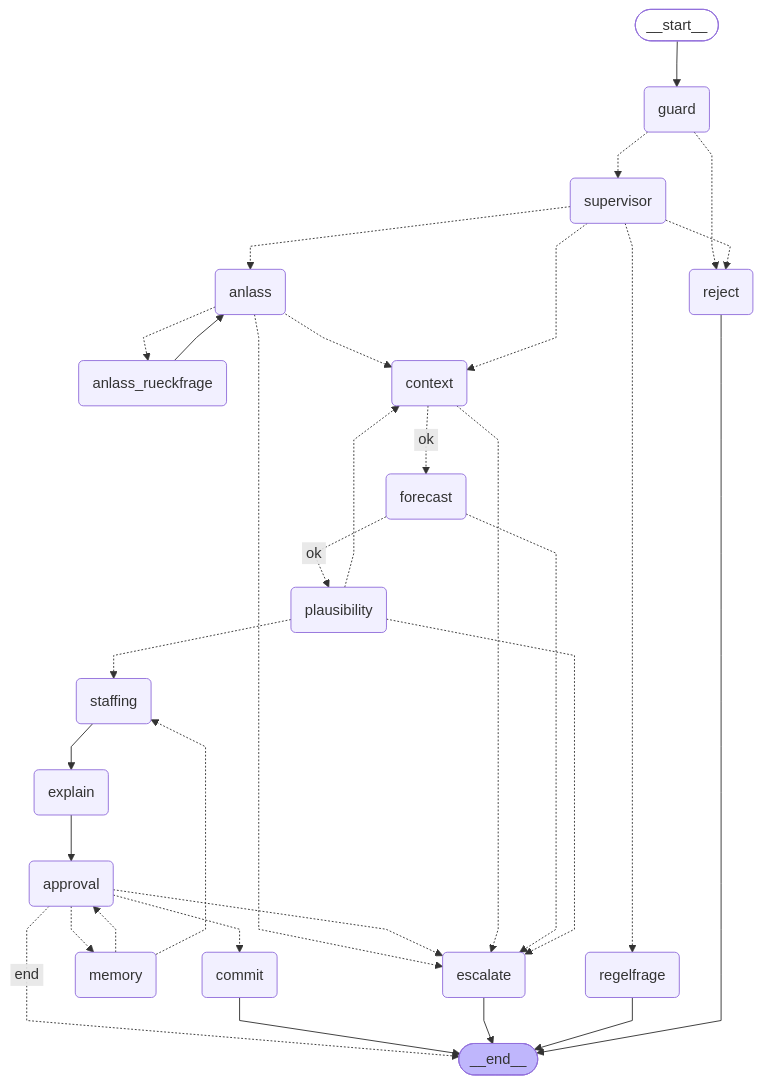
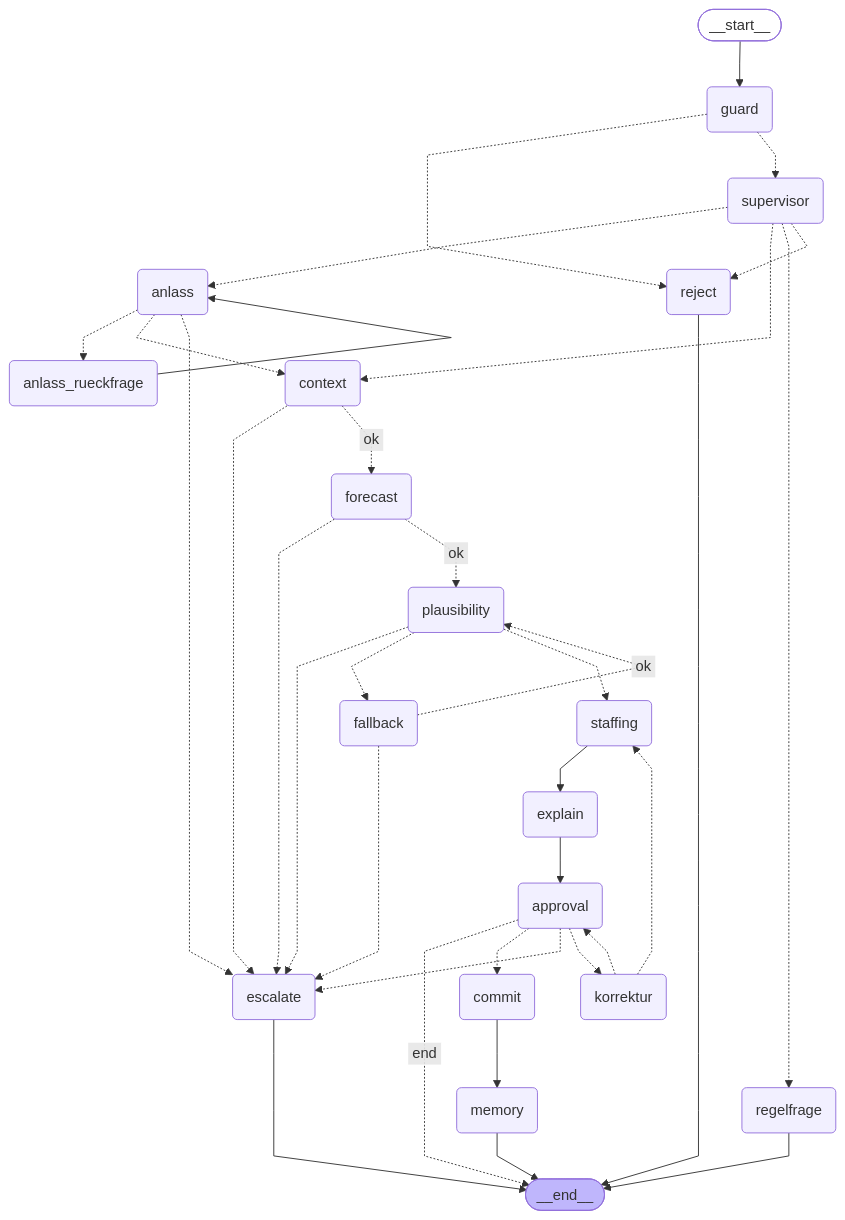
Before and after one commit to GenAI-BAI-2026HS/gastroplanner: the diagram in docs/graph.mmd, drawn with Mermaid. The commit also changed 19 other files, not shown here.

First line of the commit message:
Review-Feedback: Memory-Schleife klären, Retry durch Fallback ersetzen

```diff
--- a/docs/graph.mmd
+++ b/docs/graph.mmd
@@ -1,56 +1,61 @@
 ---
 config:
   flowchart:
     curve: linear
 ---
 graph TD;
 	__start__([<p>__start__</p>]):::first
 	guard(guard)
 	reject(reject)
 	supervisor(supervisor)
 	regelfrage(regelfrage)
 	anlass(anlass)
 	anlass_rueckfrage(anlass_rueckfrage)
 	context(context)
 	forecast(forecast)
 	plausibility(plausibility)
+	fallback(fallback)
 	staffing(staffing)
 	explain(explain)
 	approval(approval)
+	korrektur(korrektur)
+	commit(commit)
 	memory(memory)
-	commit(commit)
 	escalate(escalate)
 	__end__([<p>__end__</p>]):::last
 	__start__ --> guard;
 	anlass -.-> anlass_rueckfrage;
 	anlass -.-> context;
 	anlass -.-> escalate;
 	anlass_rueckfrage --> anlass;
 	approval -. &nbsp;end&nbsp; .-> __end__;
 	approval -.-> commit;
 	approval -.-> escalate;
-	approval -.-> memory;
+	approval -.-> korrektur;
+	commit --> memory;
 	context -.-> escalate;
 	context -. &nbsp;ok&nbsp; .-> forecast;
 	explain --> approval;
+	fallback -.-> escalate;
+	fallback -. &nbsp;ok&nbsp; .-> plausibility;
 	forecast -.-> escalate;
 	forecast -. &nbsp;ok&nbsp; .-> plausibility;
 	guard -.-> reject;
 	guard -.-> supervisor;
-	memory -.-> approval;
-	memory -.-> staffing;
-	plausibility -.-> context;
+	korrektur -.-> approval;
+	korrektur -.-> staffing;
 	plausibility -.-> escalate;
+	plausibility -.-> fallback;
 	plausibility -.-> staffing;
 	staffing --> explain;
 	supervisor -.-> anlass;
 	supervisor -.-> context;
 	supervisor -.-> regelfrage;
 	supervisor -.-> reject;
-	commit --> __end__;
 	escalate --> __end__;
+	memory --> __end__;
 	regelfrage --> __end__;
 	reject --> __end__;
 	classDef default fill:#f2f0ff,line-height:1.2
 	classDef first fill-opacity:0
 	classDef last fill:#bfb6fc
```
